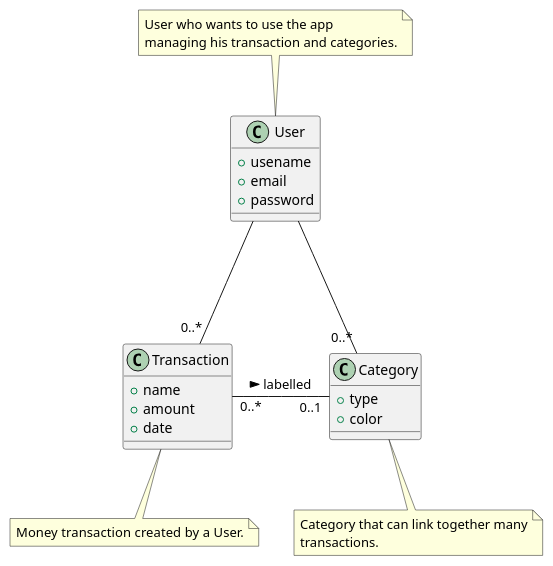
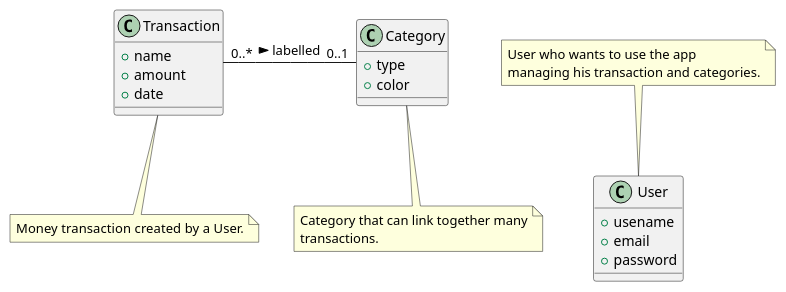
One commit to lara-m2000/ezwallet changed the third of 5 diagrams in RequirementsDocumentV1.md. Above: the diagram before and after it, drawn with PlantUML. The commit also changed other lines of this file, not shown here.

Commit message:
docs: updated glossary

````diff
--- a/RequirementsDocumentV1.md
+++ b/RequirementsDocumentV1.md
@@ -429,49 +429,49 @@
 ```plantuml
 @startuml
 
 
 class User {
 	+ usename
 	+ email
 	+ password
 }
 
 note top of User
 User who wants to use the app
 managing his transaction and categories.
 endnote
 
 
 
 class Transaction {
 	+ name
 	+ amount
 	+ date
 }
 
 note bottom of Transaction
 Money transaction created by a User.
 endnote
 
 
 class Category {
 	+ type
 	+ color
 }
 
 note bottom of Category
 Category that can link together many
 transactions.
 endnote
 
 
-Transaction "0..*" - "0..1" Category : labelled >
+ Transaction "0..*" - "0..1" Category : labelled >
 
 
-User --- "0..*" Transaction
-User --- "0..*" Category
+' User --- "0..*" Transaction
+' User --- "0..*" Category
 
 
 
 @enduml
 ```
````
